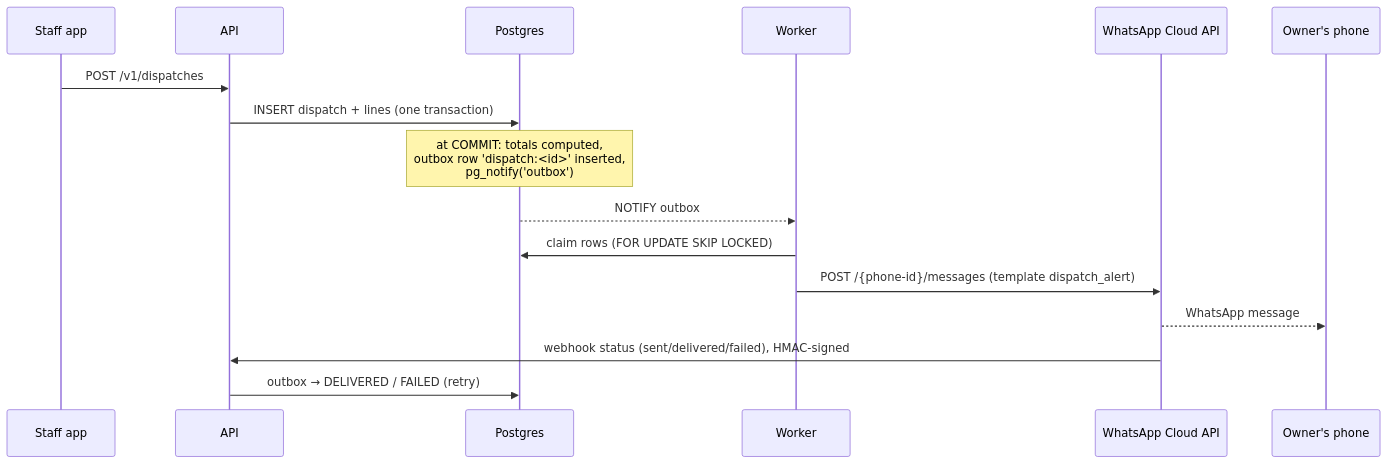
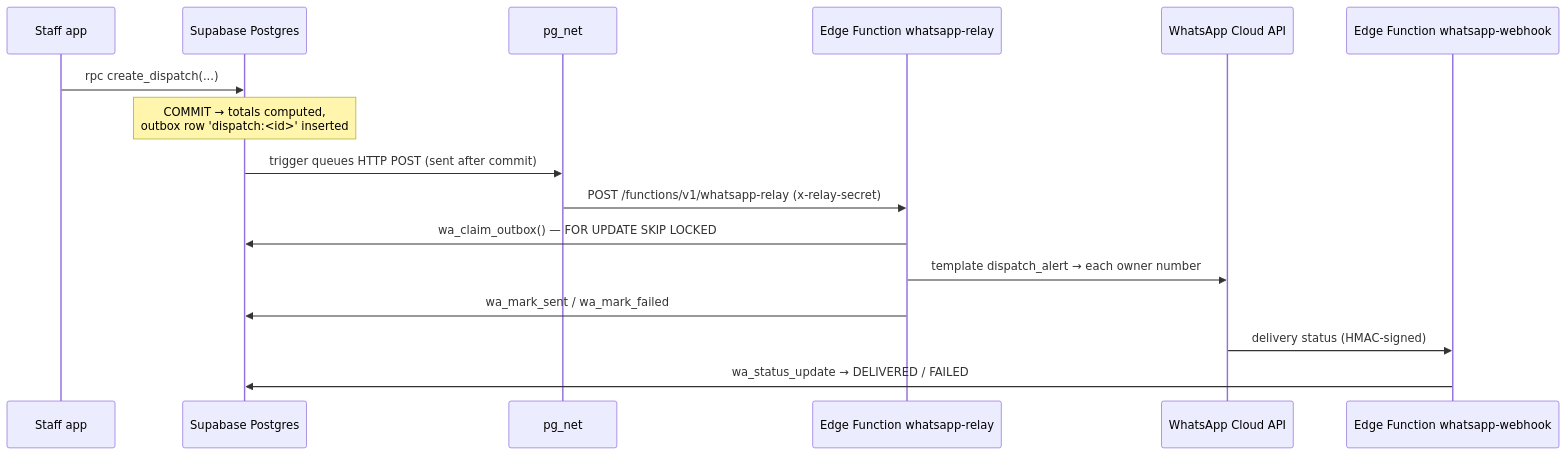
One commit to avt007-debug/wh-reg changed the diagram in docs/WHATSAPP.md. Above: the diagram before and after it, drawn with Mermaid. The commit also changed other lines of this file and 80 other files, not shown here.

First line of the commit message:
Move backend to Supabase (RPCs, Edge Functions, pg_cron) and add GitHub Actions CI/CD

````diff
--- a/docs/WHATSAPP.md
+++ b/docs/WHATSAPP.md
@@ -5,19 +5,19 @@
 ```mermaid
 sequenceDiagram
   participant App as Staff app
-  participant API
-  participant DB as Postgres
-  participant W as Worker
+  participant DB as Supabase Postgres
+  participant Net as pg_net
+  participant Relay as Edge Function whatsapp-relay
   participant Meta as WhatsApp Cloud API
-  participant Owner as Owner's phone
+  participant Hook as Edge Function whatsapp-webhook
 
-  App->>API: POST /v1/dispatches
-  API->>DB: INSERT dispatch + lines (one transaction)
-  Note over DB: at COMMIT: totals computed,<br/>outbox row 'dispatch:<id>' inserted,<br/>pg_notify('outbox')
-  DB-->>W: NOTIFY outbox
-  W->>DB: claim rows (FOR UPDATE SKIP LOCKED)
-  W->>Meta: POST /{phone-id}/messages (template dispatch_alert)
-  Meta-->>Owner: WhatsApp message
-  Meta->>API: webhook status (sent/delivered/failed), HMAC-signed
-  API->>DB: outbox → DELIVERED / FAILED (retry)
+  App->>DB: rpc create_dispatch(...)
+  Note over DB: COMMIT → totals computed,<br/>outbox row 'dispatch:<id>' inserted
+  DB->>Net: trigger queues HTTP POST (sent after commit)
+  Net->>Relay: POST /functions/v1/whatsapp-relay (x-relay-secret)
+  Relay->>DB: wa_claim_outbox() — FOR UPDATE SKIP LOCKED
+  Relay->>Meta: template dispatch_alert → each owner number
+  Relay->>DB: wa_mark_sent / wa_mark_failed
+  Meta->>Hook: delivery status (HMAC-signed)
+  Hook->>DB: wa_status_update → DELIVERED / FAILED
 ```
````
